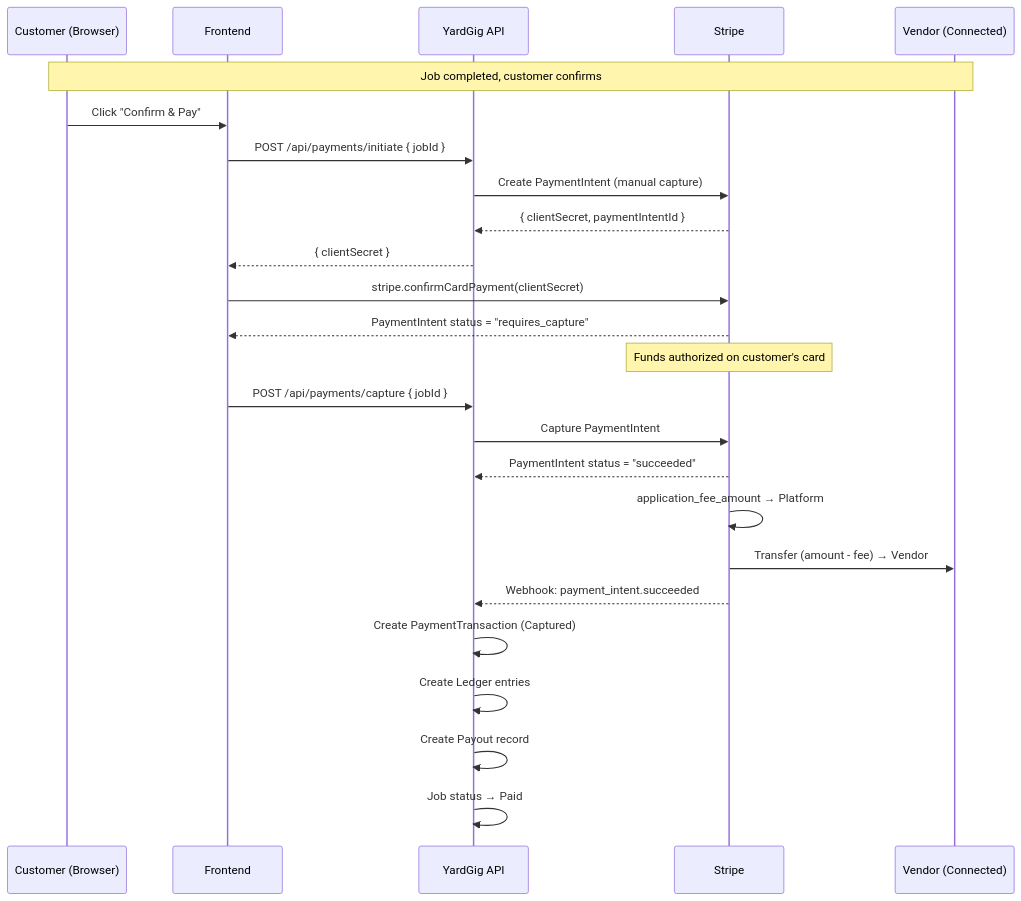
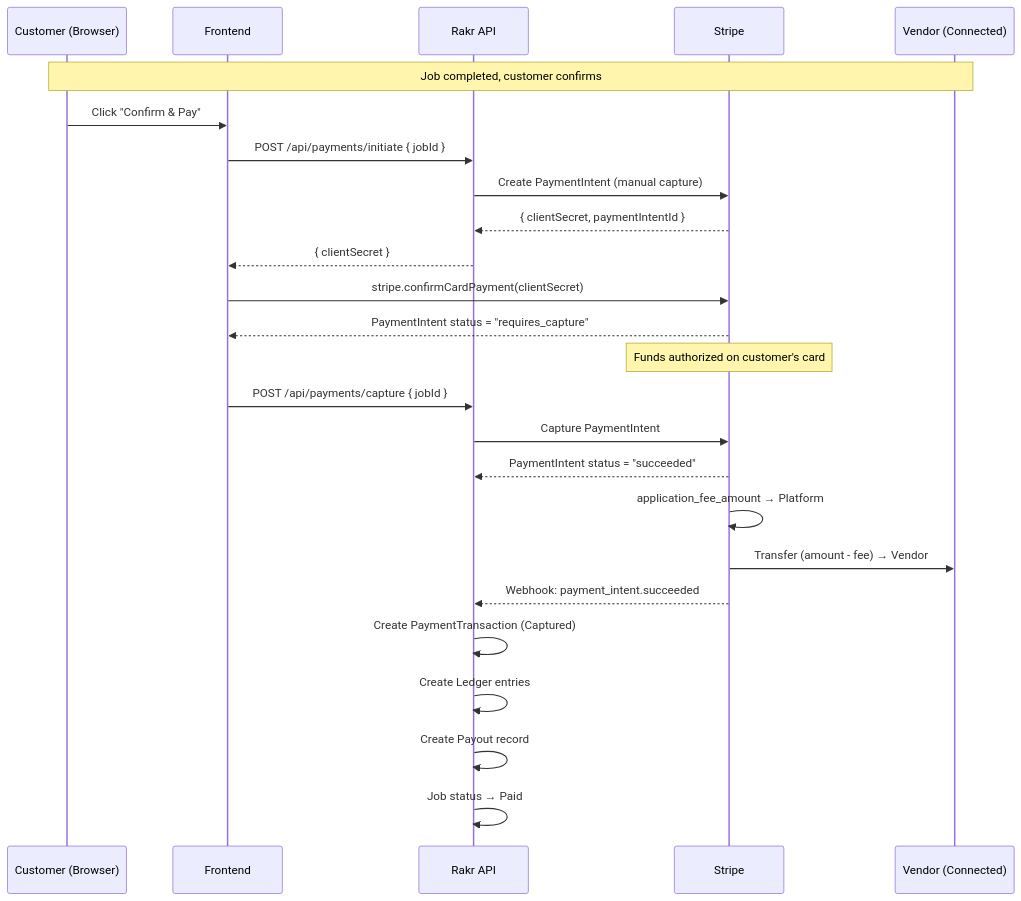
One commit to julianb4317/YardGig changed the first of 3 diagrams in docs/PAYMENT_SPEC.md. Above: the diagram before and after it, drawn with Mermaid. The commit also changed other lines of this file and 368 other files, not shown here.

````diff
--- a/docs/PAYMENT_SPEC.md
+++ b/docs/PAYMENT_SPEC.md
@@ -62,33 +62,33 @@
 ```mermaid
 sequenceDiagram
     participant C as Customer (Browser)
     participant FE as Frontend
-    participant API as YardGig API
+    participant API as Rakr API
     participant S as Stripe
     participant V as Vendor (Connected)
 
     Note over C,V: Job completed, customer confirms
 
     C->>FE: Click "Confirm & Pay"
     FE->>API: POST /api/payments/initiate { jobId }
     API->>S: Create PaymentIntent (manual capture)
     S-->>API: { clientSecret, paymentIntentId }
     API-->>FE: { clientSecret }
 
     FE->>S: stripe.confirmCardPayment(clientSecret)
     S-->>FE: PaymentIntent status = "requires_capture"
 
     Note over S: Funds authorized on customer's card
 
     FE->>API: POST /api/payments/capture { jobId }
     API->>S: Capture PaymentIntent
     S-->>API: PaymentIntent status = "succeeded"
     S->>S: application_fee_amount → Platform
     S->>V: Transfer (amount - fee) → Vendor
     S-->>API: Webhook: payment_intent.succeeded
 
     API->>API: Create PaymentTransaction (Captured)
     API->>API: Create Ledger entries
     API->>API: Create Payout record
     API->>API: Job status → Paid
 ```
````
